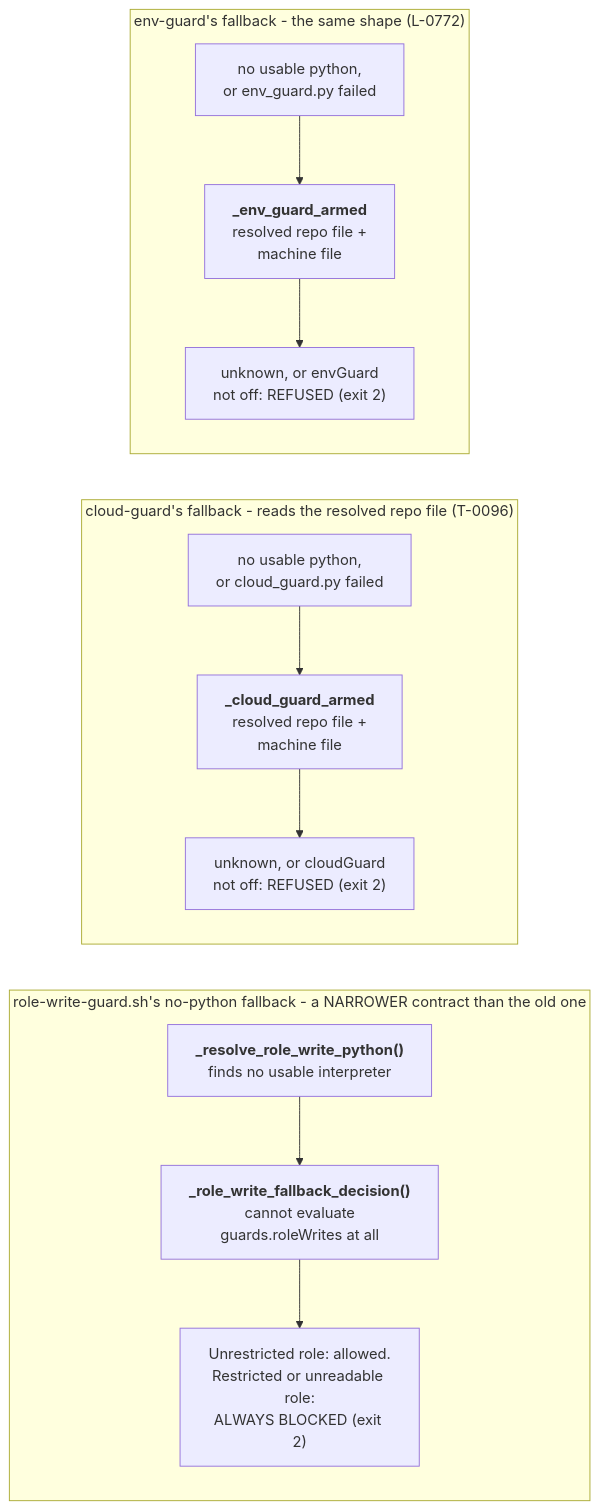
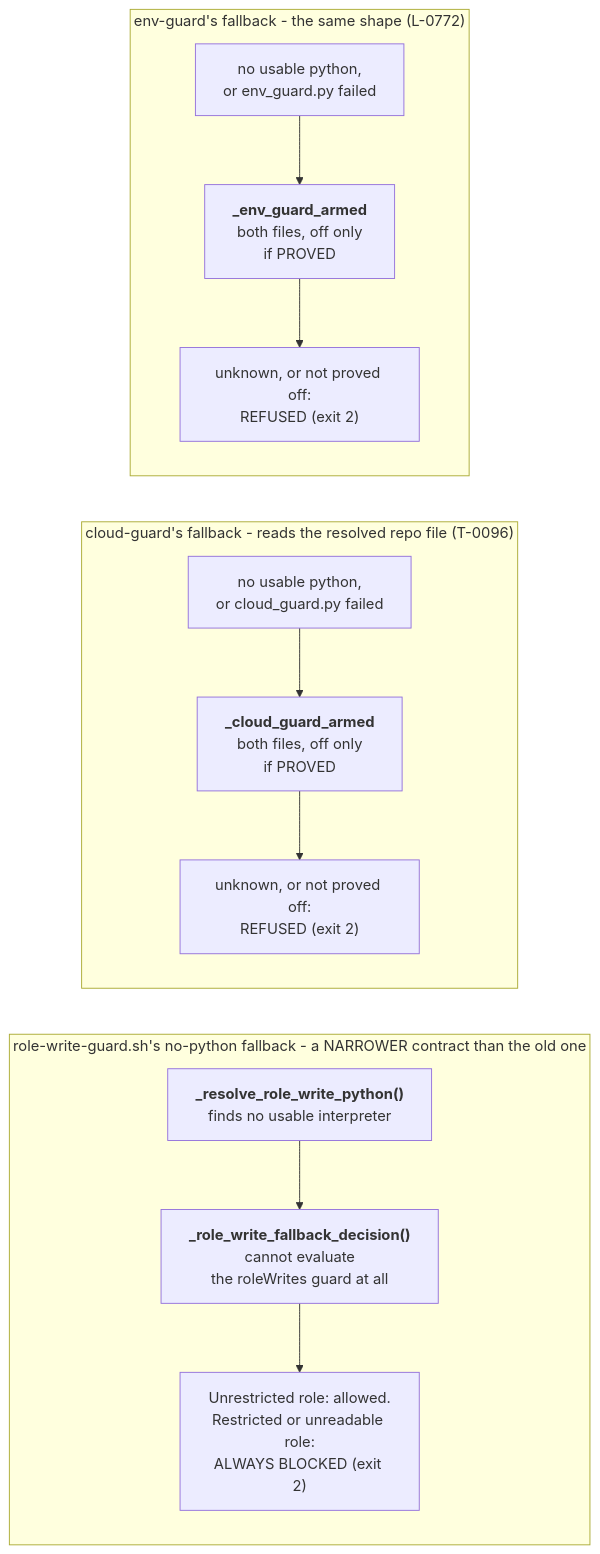
The fourth of 38 diagrams in docs/diagrams/README.md (mbadali25/useful-claude-add-ons), drawn with Mermaid before and after one commit. The commit also changed other lines of this file and 98 other files, not shown here.

Commit message:
L-0725: docs sweep, rebuilt guides and diagrams, test fixes, migrate.md within budget

````diff
--- a/docs/diagrams/README.md
+++ b/docs/diagrams/README.md
@@ -193,27 +193,27 @@
 ```mermaid
 flowchart LR
 
     subgraph NoPython["role-write-guard.sh's no-python fallback - a NARROWER contract than the old one"]
         direction TB
         NP1["<b>_resolve_role_write_python()</b><br/>finds no usable interpreter"]
-        NP2["<b>_role_write_fallback_decision()</b><br/>cannot evaluate<br/>guards.roleWrites at all"]
+        NP2["<b>_role_write_fallback_decision()</b><br/>cannot evaluate<br/>the roleWrites guard at all"]
         NP3["Unrestricted role: allowed.<br/>Restricted or unreadable role:<br/>ALWAYS BLOCKED (exit 2)"]
         NP1 --> NP2 --> NP3
     end
 
     subgraph CloudNoPython["cloud-guard's fallback - reads the resolved repo file (T-0096)"]
         direction TB
         CG1["no usable python,<br/>or cloud_guard.py failed"]
-        CG2["<b>_cloud_guard_armed</b><br/>resolved repo file +<br/>machine file"]
-        CG3["unknown, or cloudGuard<br/>not off: REFUSED (exit 2)"]
+        CG2["<b>_cloud_guard_armed</b><br/>both files, off only<br/>if PROVED"]
+        CG3["unknown, or not proved off:<br/>REFUSED (exit 2)"]
         CG1 --> CG2 --> CG3
     end
 
     subgraph EnvNoPython["env-guard's fallback - the same shape (L-0772)"]
         direction TB
         EG1["no usable python,<br/>or env_guard.py failed"]
-        EG2["<b>_env_guard_armed</b><br/>resolved repo file +<br/>machine file"]
-        EG3["unknown, or envGuard<br/>not off: REFUSED (exit 2)"]
+        EG2["<b>_env_guard_armed</b><br/>both files, off only<br/>if PROVED"]
+        EG3["unknown, or not proved off:<br/>REFUSED (exit 2)"]
         EG1 --> EG2 --> EG3
     end
 ```
````
